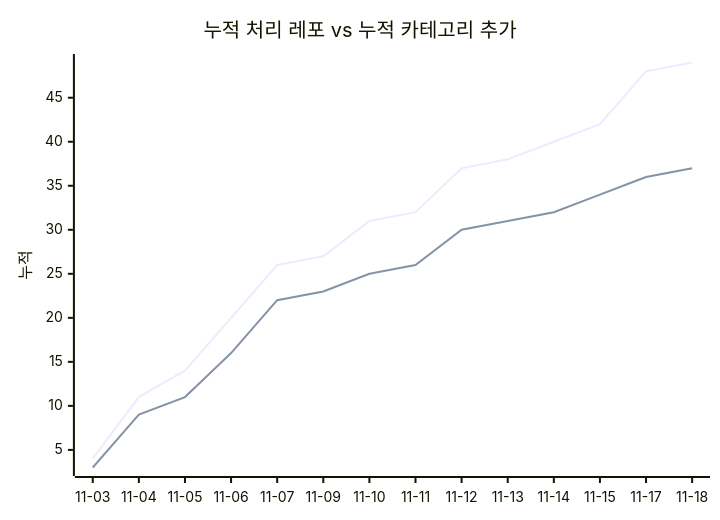
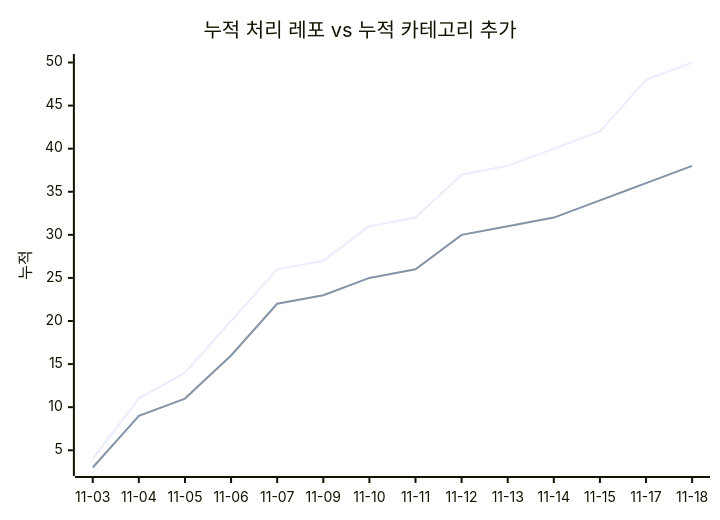
One commit to J-nowcow/awesome-korean-agent-skills changed the second of 2 diagrams in docs/trends.md. Above: the diagram before and after it, drawn with Mermaid. The commit also changed other lines of this file and 4 other files, not shown here.

````diff
--- a/docs/trends.md
+++ b/docs/trends.md
@@ -68,8 +68,8 @@
 ```mermaid
 xychart-beta
     title "누적 처리 레포 vs 누적 카테고리 추가"
     x-axis ["11-03","11-04","11-05","11-06","11-07","11-09","11-10","11-11","11-12","11-13","11-14","11-15","11-17","11-18"]
     y-axis "누적"
-    line [4,11,14,20,26,27,31,32,37,38,40,42,48,49]
-    line [3,9,11,16,22,23,25,26,30,31,32,34,36,37]
+    line [4,11,14,20,26,27,31,32,37,38,40,42,48,50]
+    line [3,9,11,16,22,23,25,26,30,31,32,34,36,38]
 ```
````
